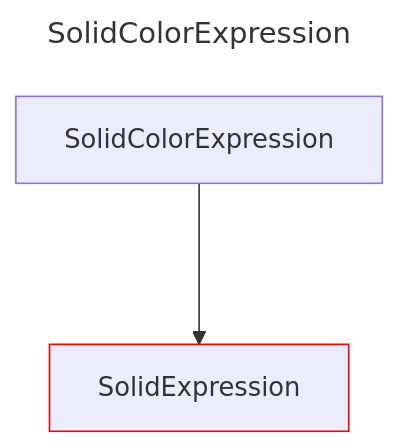
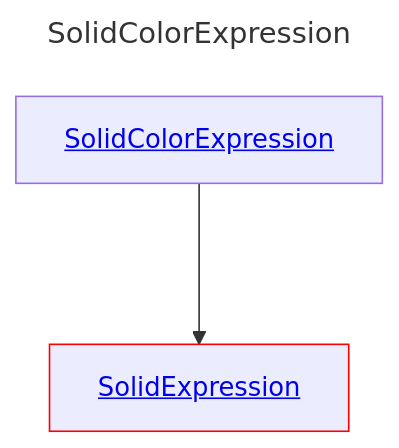
The diagram in docs/docs/layout/erd/SolidColorExpression.md (douglassimonsen/pbi_core), drawn with Mermaid before and after one commit. The commit also changed 76 other files, not shown here.

````diff
--- a/docs/docs/layout/erd/SolidColorExpression.md
+++ b/docs/docs/layout/erd/SolidColorExpression.md
@@ -1,10 +1,10 @@
 ```mermaid
 ---
 title: SolidColorExpression
 ---
 graph 
-2430071896816["SolidExpression"]
-style 2430071896816 stroke:#ff0000,stroke-width:1px
-2430071907552["SolidColorExpression"]
-2430071907552 ---> 2430071896816
+SolidColorExpression[<a href='/layout/erd/SolidColorExpression'>SolidColorExpression</a>]
+SolidExpression[<a href='/layout/erd/SolidExpression'>SolidExpression</a>]
+style SolidExpression stroke:#ff0000,stroke-width:1px
+SolidColorExpression ---> SolidExpression
 ```
````
